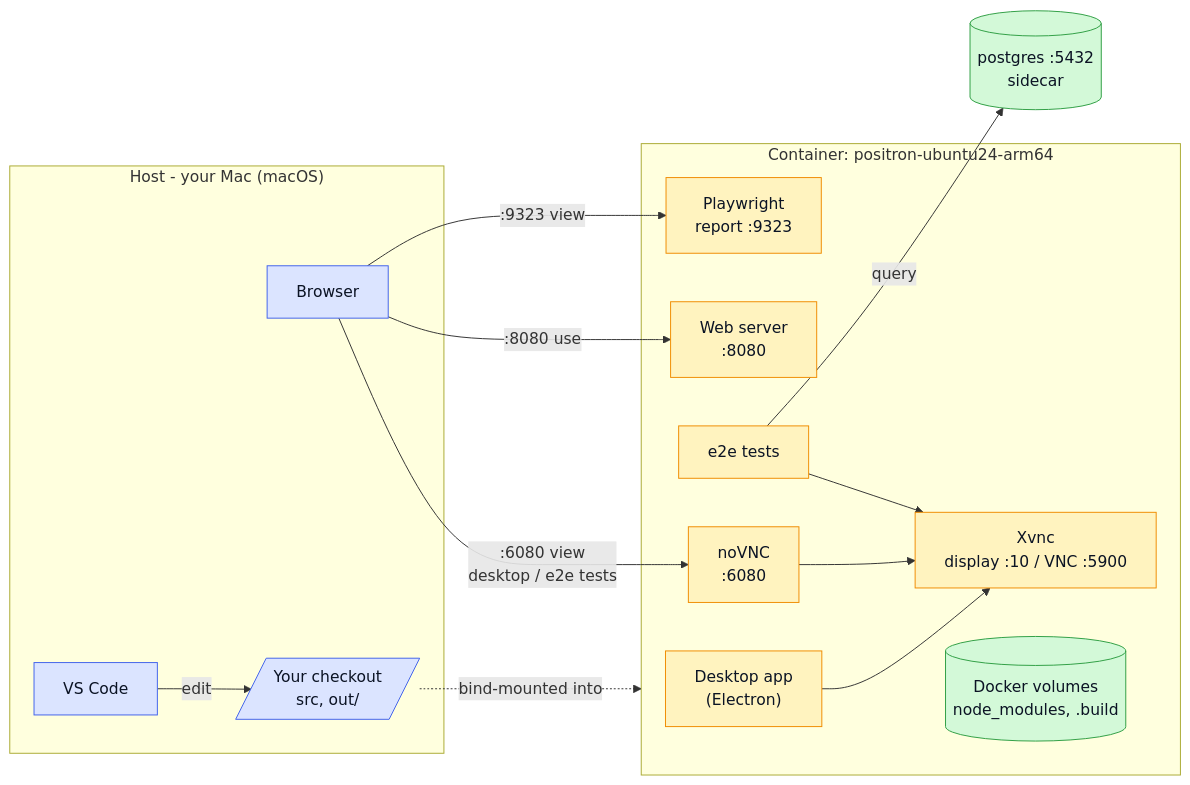
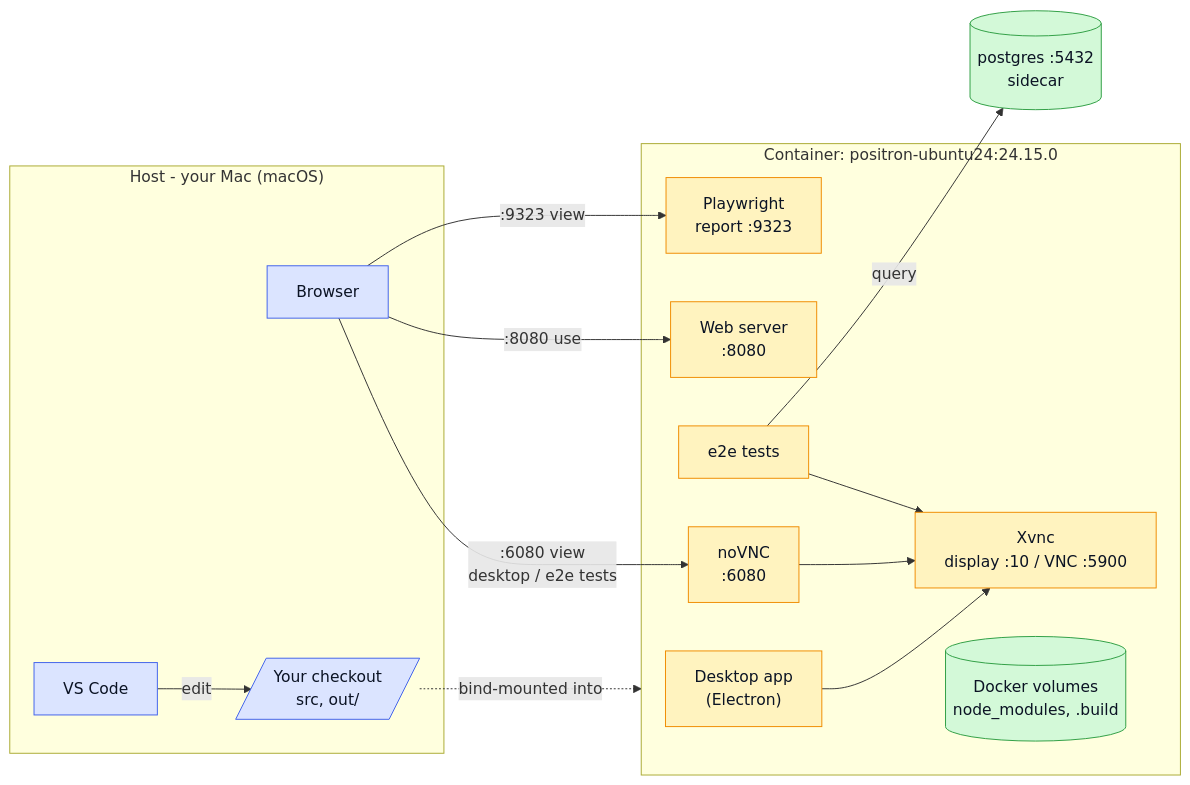
Before and after one commit to posit-dev/positron: the diagram in .devcontainer/ci-arm/README.md, drawn with Mermaid. The commit also changed other lines of this file and 12 other files, not shown here.

````diff
--- a/.devcontainer/ci-arm/README.md
+++ b/.devcontainer/ci-arm/README.md
@@ -273,36 +274,36 @@
 ```mermaid
 flowchart LR
     subgraph host["Host - your Mac (macOS)"]
         code["VS Code"]
         web["Browser"]
         src[/"Your checkout<br/>src, out/"/]
     end
-    subgraph ctr["Container: positron-ubuntu24-arm64"]
+    subgraph ctr["Container: positron-ubuntu24:24.15.0"]
         desk["Desktop app<br/>(Electron)"]
         srv["Web server<br/>:8080"]
         e2e["e2e tests"]
         nov["noVNC<br/>:6080"]
         xvnc["Xvnc<br/>display :10 / VNC :5900"]
         rep["Playwright<br/>report :9323"]
         vols[("Docker volumes<br/>node_modules, .build")]
     end
     pg[("postgres :5432<br/>sidecar")]
 
     code -->|edit| src
     src -. bind-mounted into .-> ctr
     desk --> xvnc
     e2e --> xvnc
     nov --> xvnc
     web -->|":6080 view<br/>desktop / e2e tests"| nov
     web -->|":8080 use"| srv
     web -->|":9323 view"| rep
     e2e -->|query| pg
 
     classDef hostcls fill:#dbe4ff,stroke:#4263eb,color:#0b1324
     classDef contcls fill:#fff3bf,stroke:#f08c00,color:#0b1324
     classDef storcls fill:#d3f9d8,stroke:#2f9e44,color:#0b1324
     class code,web hostcls
     class desk,srv,e2e,nov,xvnc,rep contcls
     class src hostcls
     class vols,pg storcls
 ```
````
